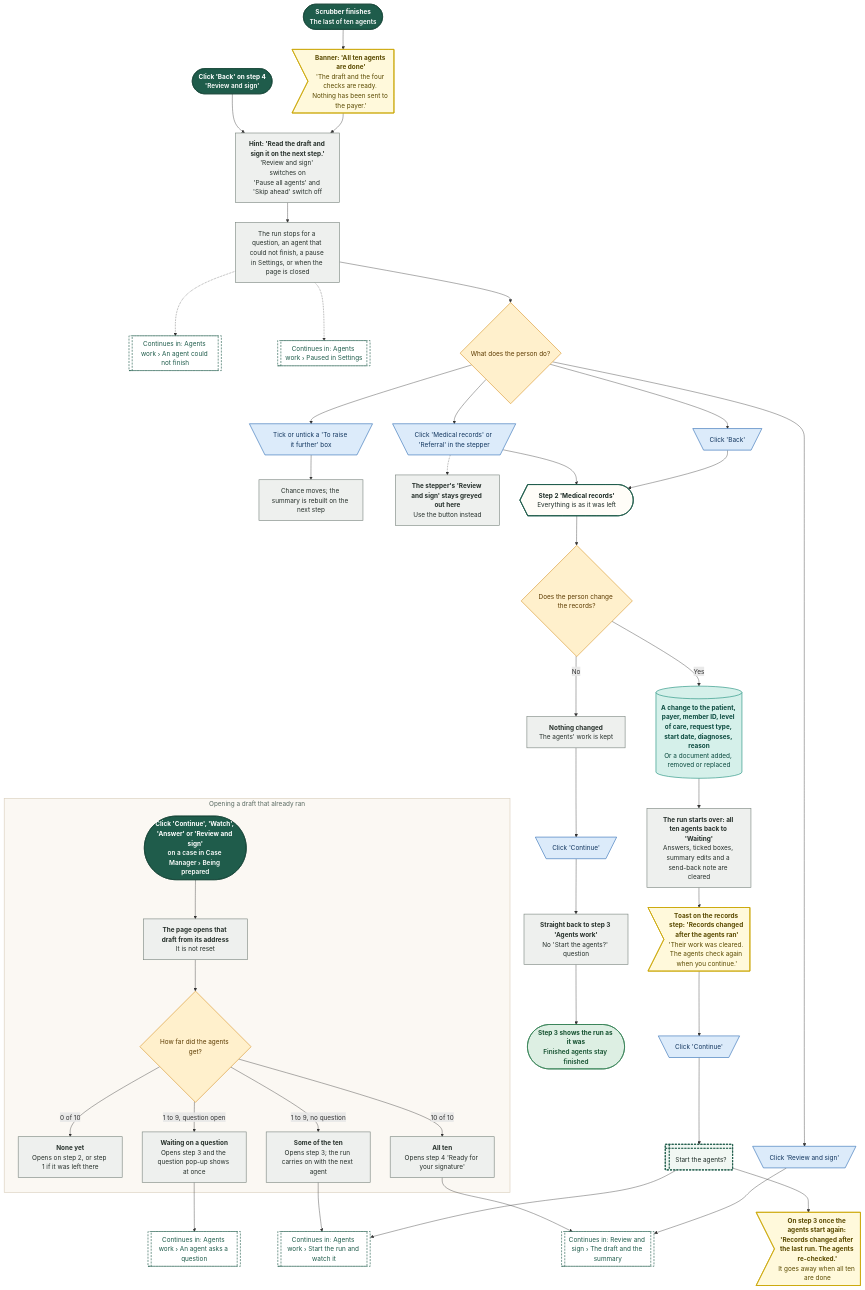
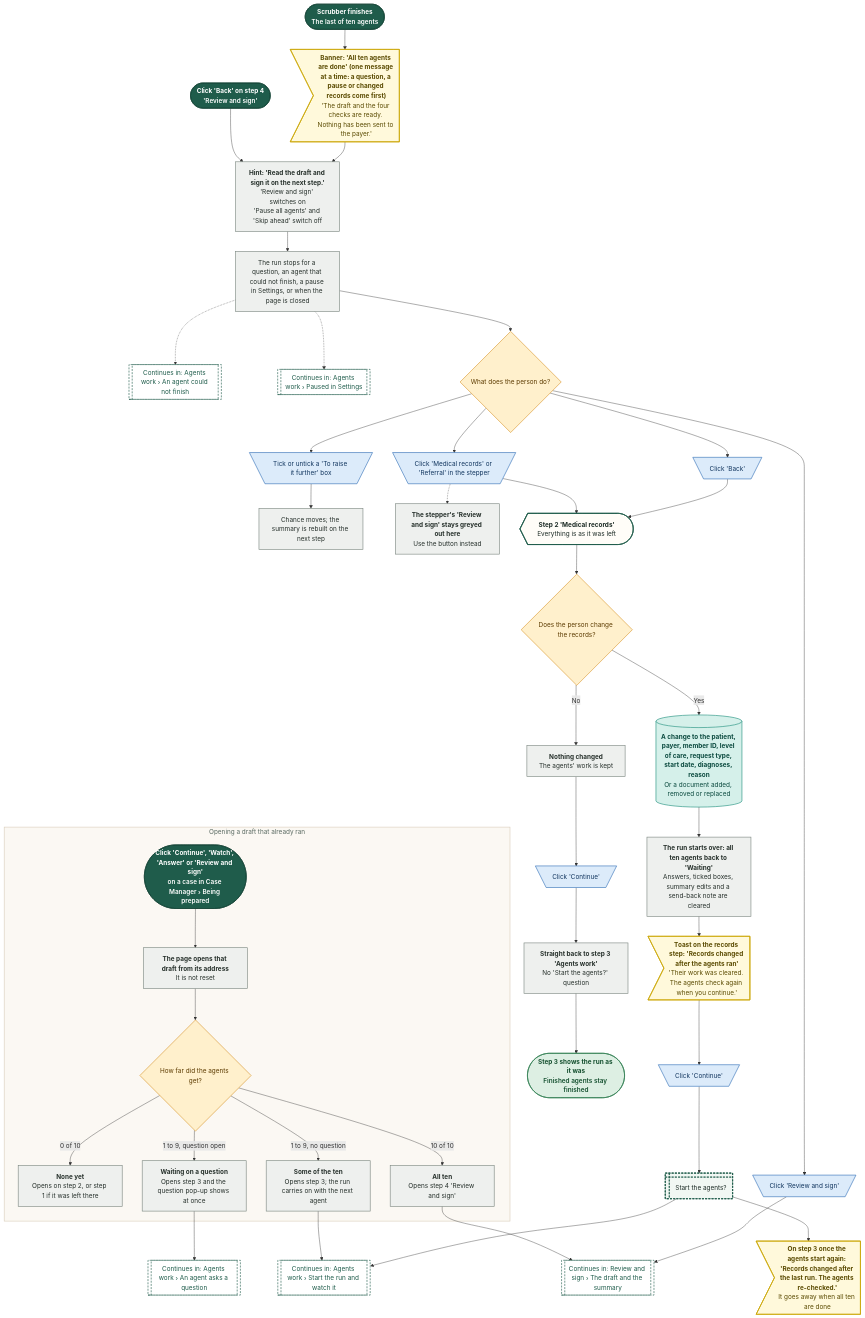
One commit to Shrav143/psyfloapp changed diagram 25 of 37 in demos/prior-auth-demo/workflows/out/md/04-new-case.md. Above: the diagram before and after it, drawn with Mermaid. The commit also changed other lines of this file and 192 other files, not shown here.

First line of the commit message:
docs: changelog by sidebar tab; README, diagrams and Settings layout aligned with the refinement; shared InfoTip; referral cost-share line

```diff
--- a/demos/prior-auth-demo/workflows/out/md/04-new-case.md
+++ b/demos/prior-auth-demo/workflows/out/md/04-new-case.md
@@ -2266,7 +2266,7 @@
   classDef k_goto fill:#FFFFFF,stroke:#1F5C4B,color:#1F5C4B,stroke-width:1.5px,stroke-dasharray:5 3
   s1@{ shape: stadium, label: "<b>Scrubber finishes</b><br/>The last of ten agents" }
   s2@{ shape: stadium, label: "<b>Click 'Back' on step 4</b><br/>'Review and sign'" }
-  t1@{ shape: odd, label: "<b>Banner: 'All ten agents are done'</b><br/>'The draft and the four checks are ready. Nothing has been sent to the payer.'" }
+  t1@{ shape: odd, label: "<b>Banner: 'All ten agents are done' (one message at a time: a question, a pause or changed records come first)</b><br/>'The draft and the four checks are ready. Nothing has been sent to the payer.'" }
   p1@{ shape: rect, label: "<b>Hint: 'Read the draft and sign it on the next step.'</b><br/>'Review and sign' switches on<br/>'Pause all agents' and 'Skip ahead' switch off" }
   pStop@{ shape: rect, label: "The run stops for a question, an agent that could not finish, a pause in Settings, or when the page is closed" }
   gFail@{ shape: subproc, label: "Continues in: Agents work › An agent could not finish" }
@@ -2300,7 +2300,7 @@
   rNone@{ shape: rect, label: "<b>None yet</b><br/>Opens on step 2, or step 1 if it was left there" }
   rMid@{ shape: rect, label: "<b>Some of the ten</b><br/>Opens step 3; the run carries on with the next agent" }
   rAsk@{ shape: rect, label: "<b>Waiting on a question</b><br/>Opens step 3 and the question pop-up shows at once" }
-  rAll@{ shape: rect, label: "<b>All ten</b><br/>Opens step 4 'Ready for your signature'" }
+  rAll@{ shape: rect, label: "<b>All ten</b><br/>Opens step 4 'Review and sign'" }
   end
   s1 --> t1 --> p1 --> pStop --> dWhat
   s2 --> p1
```
